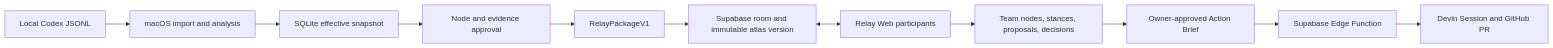
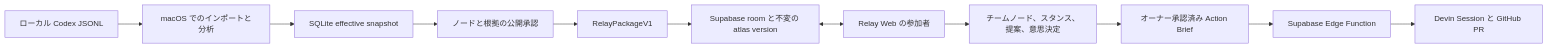
One commit to visiontale7-svg/AIAU-Salary-neko changed the diagram in README.md. Above: the diagram before and after it, drawn with Mermaid. The commit also changed other lines of this file and 55 other files, not shown here.

Commit message:
Complete B2 Relay collaboration flow

````diff
--- a/README.md
+++ b/README.md
@@ -26,13 +26,13 @@
 ```mermaid
 flowchart LR
-  A["Local Codex JSONL"] --> B["macOS import and analysis"]
+  A["ローカル Codex JSONL"] --> B["macOS でのインポートと分析"]
   B --> C["SQLite effective snapshot"]
-  C --> D["Node and evidence approval"]
+  C --> D["ノードと根拠の公開承認"]
   D --> E["RelayPackageV1"]
-  E --> F["Supabase room and immutable atlas version"]
-  F <--> G["Relay Web participants"]
-  G --> H["Team nodes, stances, proposals, decisions"]
-  H --> I["Owner-approved Action Brief"]
+  E --> F["Supabase room と不変の atlas version"]
+  F <--> G["Relay Web の参加者"]
+  G --> H["チームノード、スタンス、提案、意思決定"]
+  H --> I["オーナー承認済み Action Brief"]
   I --> J["Supabase Edge Function"]
-  J --> K["Devin Session and GitHub PR"]
+  J --> K["Devin Session と GitHub PR"]
 ```
````
